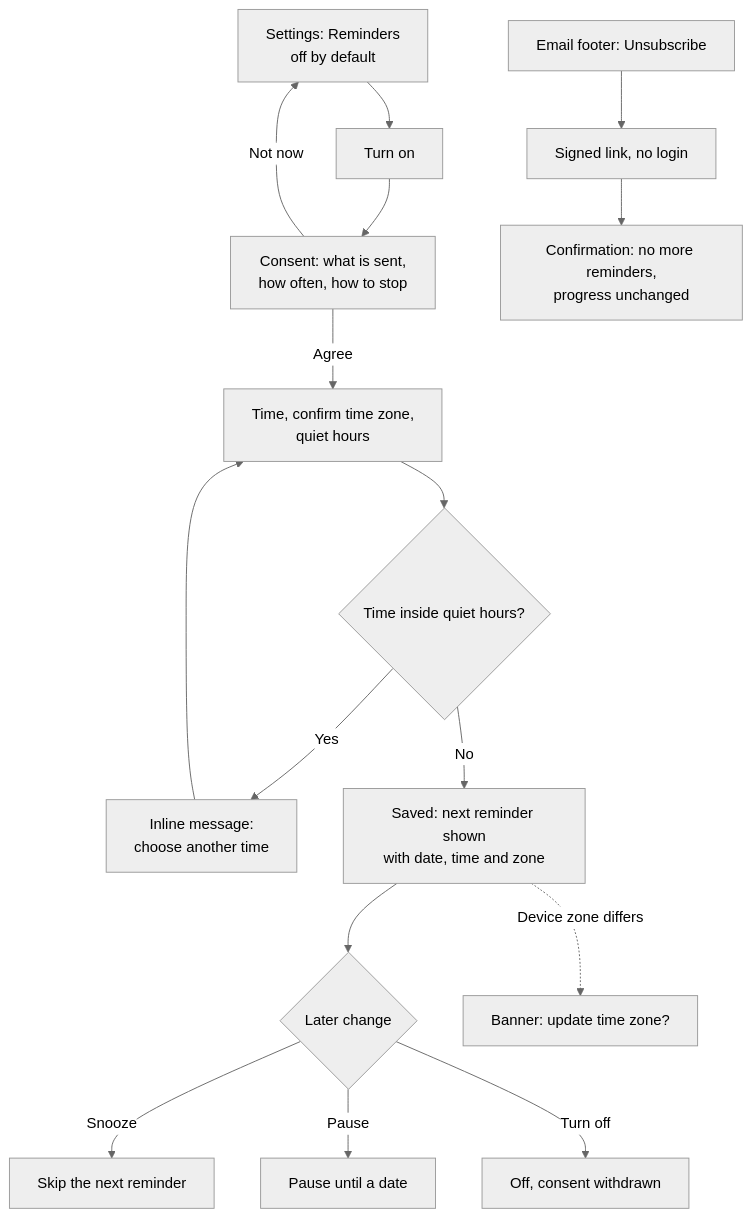
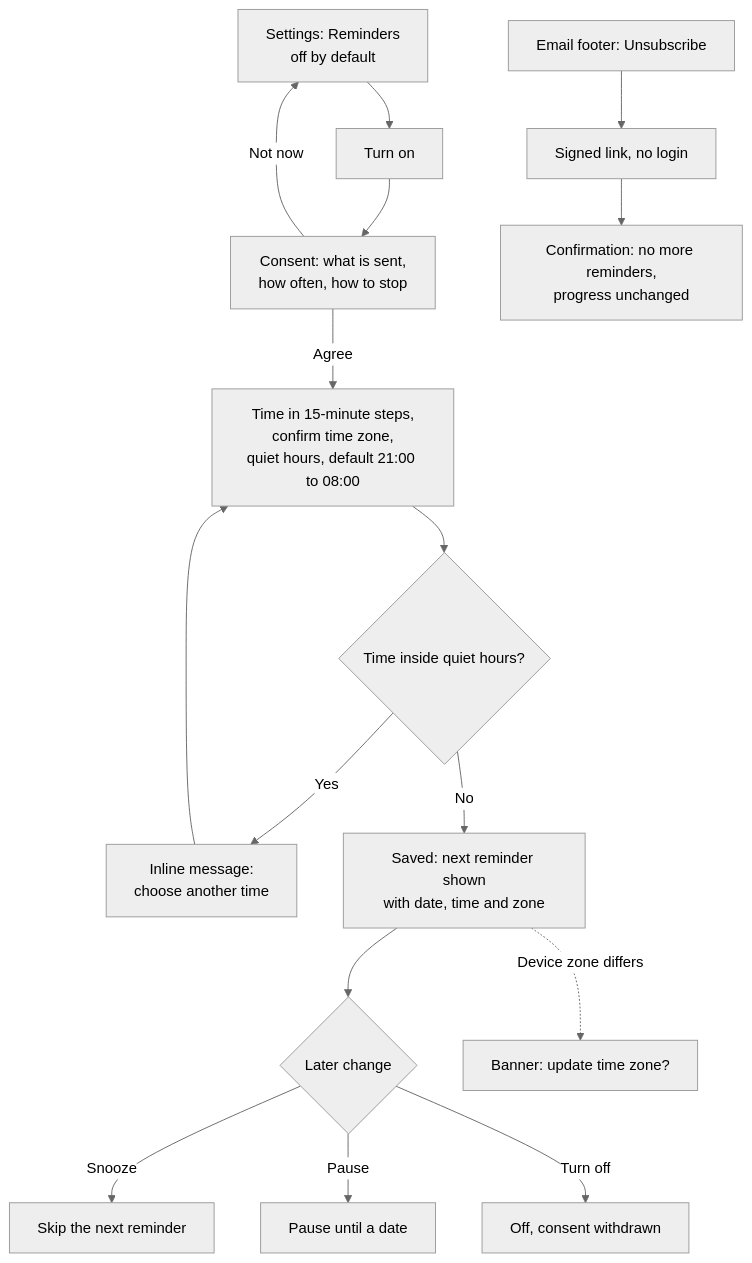
One commit to GhanshyamSoni68/app_idea changed diagram 11 of 12 in devstep/docs/08-ux-and-screens.md. Above: the diagram before and after it, drawn with Mermaid (neutral theme). The commit also changed other lines of this file and 8 other files, not shown here.

````diff
--- a/devstep/docs/08-ux-and-screens.md
+++ b/devstep/docs/08-ux-and-screens.md
@@ -304,13 +312,13 @@
 ```mermaid
 flowchart TD
   J1["Settings: Reminders<br/>off by default"] --> J2["Turn on"] --> J3["Consent: what is sent,<br/>how often, how to stop"]
-  J3 -->|Agree| J4["Time, confirm time zone,<br/>quiet hours"] --> J5{"Time inside quiet hours?"}
+  J3 -->|Agree| J4["Time in 15-minute steps,<br/>confirm time zone,<br/>quiet hours, default 21:00 to 08:00"] --> J5{"Time inside quiet hours?"}
   J3 -->|Not now| J1
   J5 -->|Yes| J6["Inline message:<br/>choose another time"] --> J4
   J5 -->|No| J7["Saved: next reminder shown<br/>with date, time and zone"] --> J8{"Later change"}
   J8 -->|Snooze| J9["Skip the next reminder"]
   J8 -->|Pause| J10["Pause until a date"]
   J8 -->|Turn off| J11["Off, consent withdrawn"]
   J7 -.->|Device zone differs| J12["Banner: update time zone?"]
   K1["Email footer: Unsubscribe"] --> K2["Signed link, no login"] --> K3["Confirmation: no more reminders,<br/>progress unchanged"]
 ```
````
